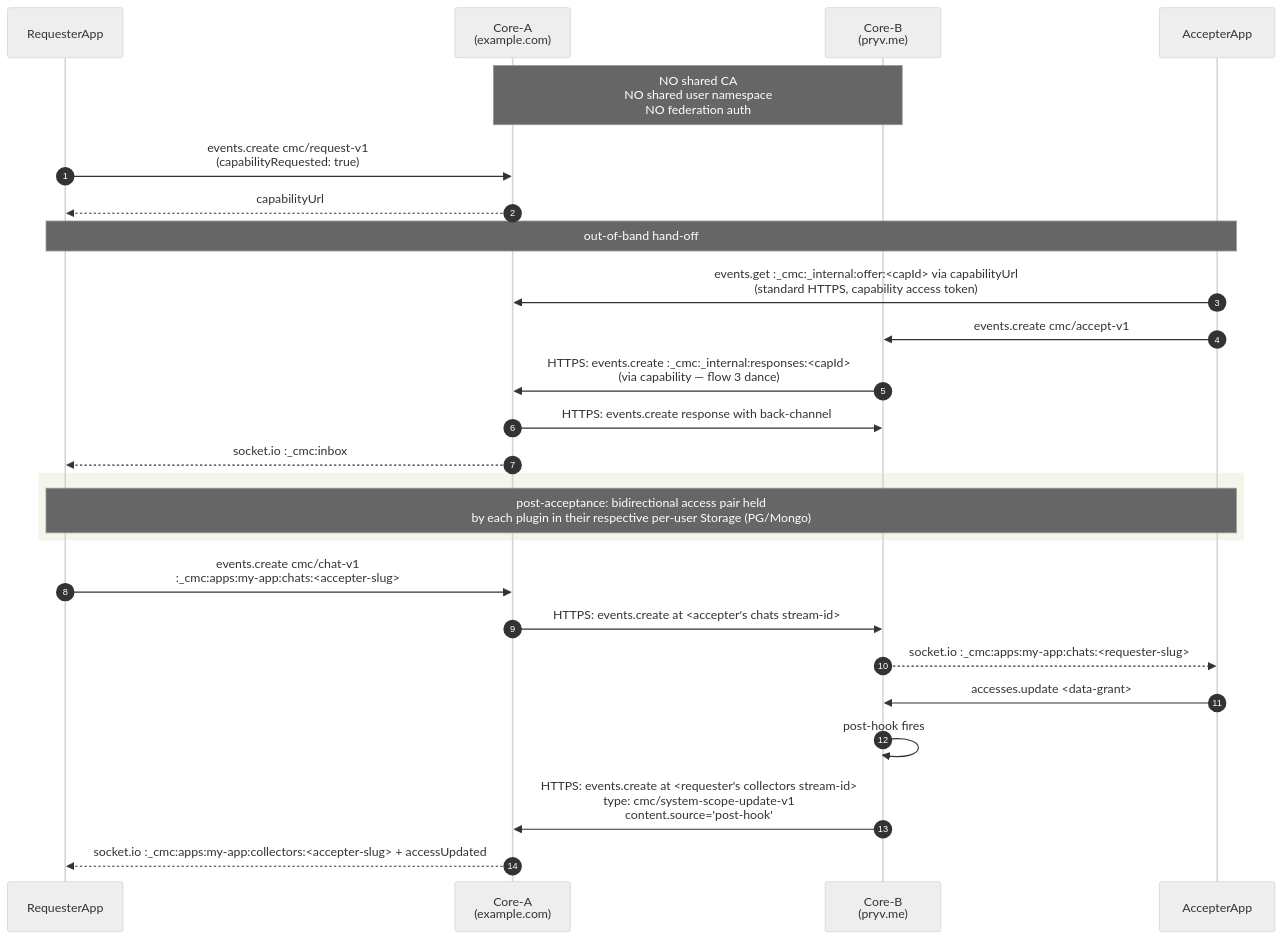
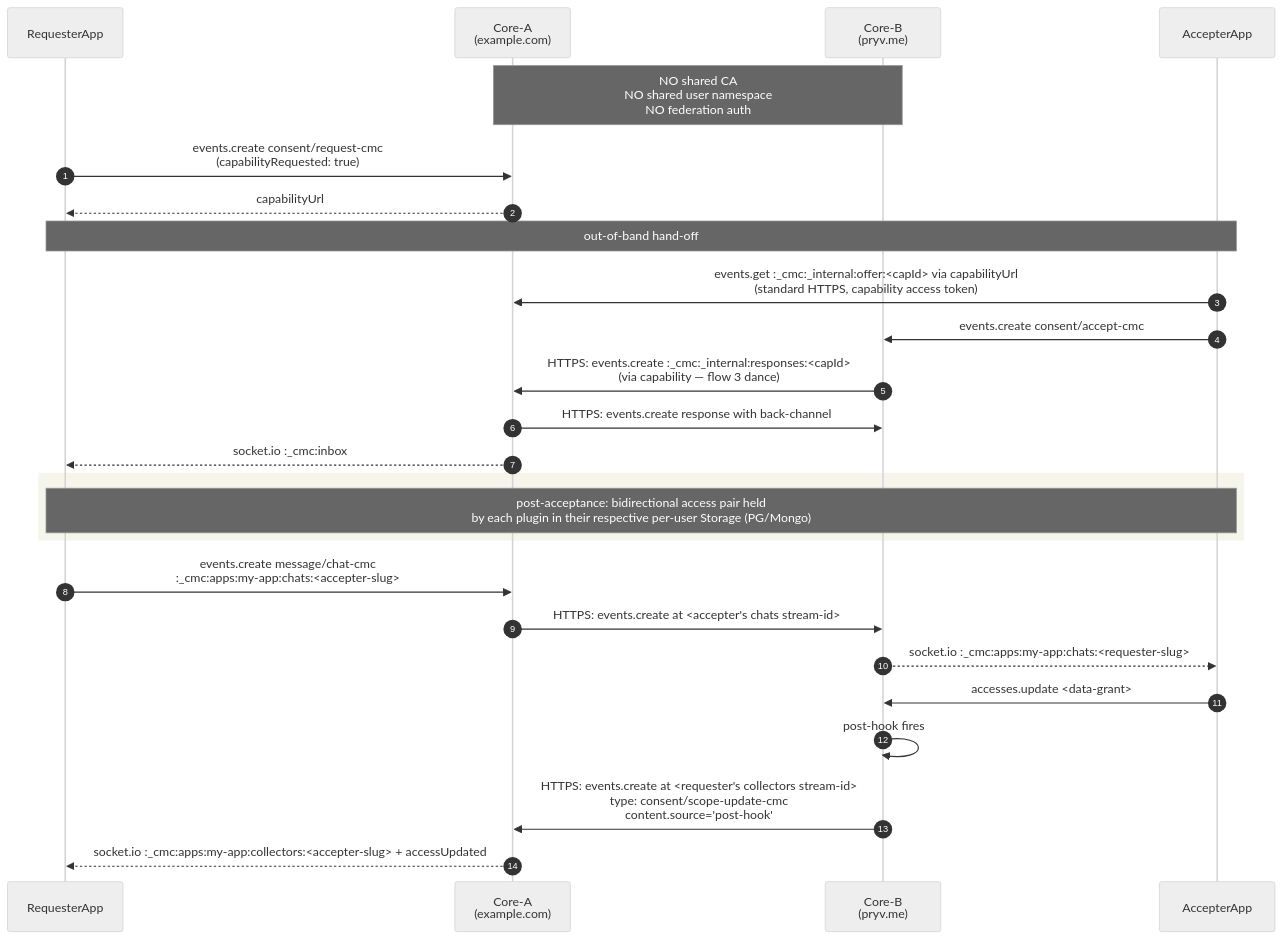
One commit to pryv/open-pryv.io changed diagram 14 of 14 in components/cmc/INTERNALS.md. Above: the diagram before and after it, drawn with Mermaid (neutral theme). The commit also changed other lines of this file and 40 other files, not shown here.

````diff
--- a/components/cmc/INTERNALS.md
+++ b/components/cmc/INTERNALS.md
@@ -539,31 +539,31 @@
 ```mermaid
 sequenceDiagram
     autonumber
     participant RApp as RequesterApp
     participant RCore as Core-A<br/>(example.com)
     participant ACore as Core-B<br/>(pryv.me)
     participant AApp as AccepterApp
 
     Note over RCore,ACore: NO shared CA<br/>NO shared user namespace<br/>NO federation auth
-    RApp->>RCore: events.create cmc/request-v1<br/>(capabilityRequested: true)
+    RApp->>RCore: events.create consent/request-cmc<br/>(capabilityRequested: true)
     RCore-->>RApp: capabilityUrl
     Note over RApp,AApp: out-of-band hand-off
     AApp->>RCore: events.get :_cmc:_internal:offer:<capId> via capabilityUrl<br/>(standard HTTPS, capability access token)
-    AApp->>ACore: events.create cmc/accept-v1
+    AApp->>ACore: events.create consent/accept-cmc
     ACore->>RCore: HTTPS: events.create :_cmc:_internal:responses:<capId><br/>(via capability — flow 3 dance)
     RCore->>ACore: HTTPS: events.create response with back-channel
     RCore-->>RApp: socket.io :_cmc:inbox
 
     rect rgb(245, 245, 235)
     Note over RApp,AApp: post-acceptance: bidirectional access pair held<br/>by each plugin in their respective per-user Storage (PG/Mongo)
     end
 
-    RApp->>RCore: events.create cmc/chat-v1<br/>:_cmc:apps:my-app:chats:<accepter-slug>
+    RApp->>RCore: events.create message/chat-cmc<br/>:_cmc:apps:my-app:chats:<accepter-slug>
     RCore->>ACore: HTTPS: events.create at <accepter's chats stream-id>
     ACore-->>AApp: socket.io :_cmc:apps:my-app:chats:<requester-slug>
 
     AApp->>ACore: accesses.update <data-grant>
     ACore->>ACore: post-hook fires
-    ACore->>RCore: HTTPS: events.create at <requester's collectors stream-id><br/>type: cmc/system-scope-update-v1<br/>content.source='post-hook'
+    ACore->>RCore: HTTPS: events.create at <requester's collectors stream-id><br/>type: consent/scope-update-cmc<br/>content.source='post-hook'
     RCore-->>RApp: socket.io :_cmc:apps:my-app:collectors:<accepter-slug> + accessUpdated
 ```
````
